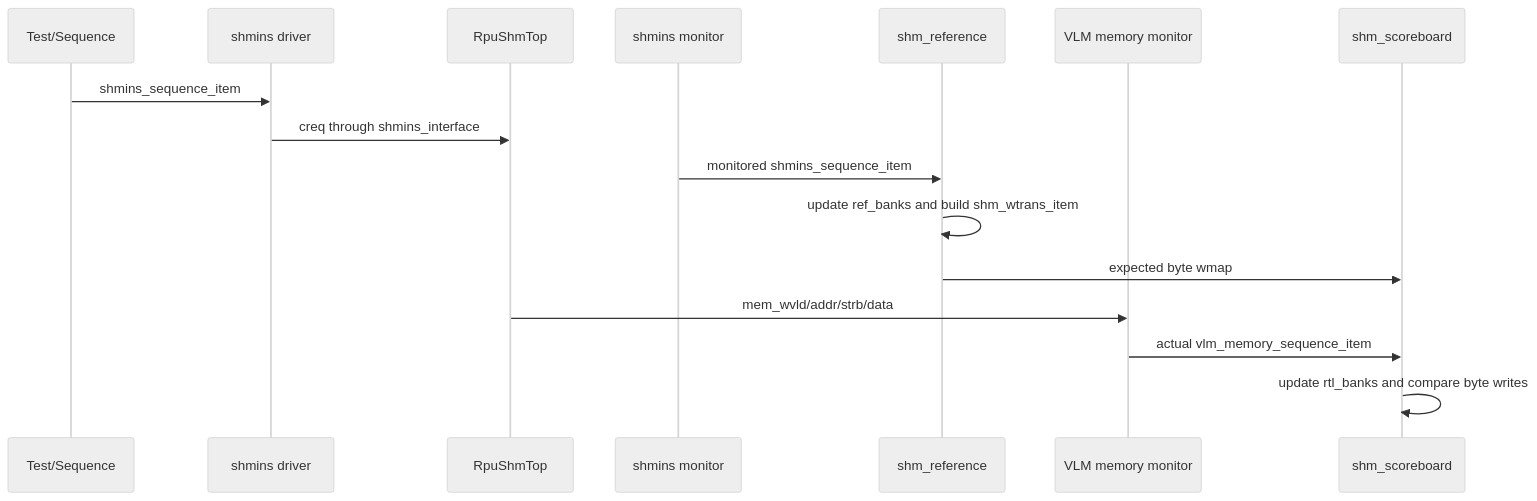
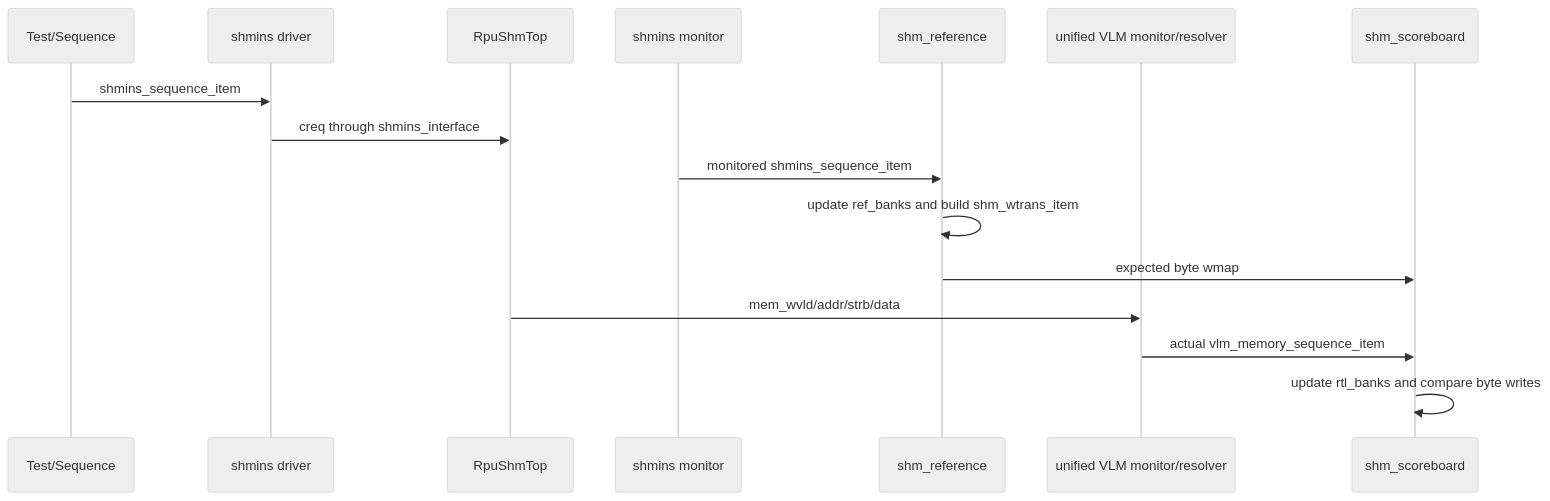
Before and after one commit to euphgh/sharemem: the first of 2 diagrams in docs/ut_shm/environment/data-flow-and-models.md, drawn with Mermaid (neutral theme). The commit also changed other lines of this file and 25 other files, not shown here.

````diff
--- a/docs/ut_shm/environment/data-flow-and-models.md
+++ b/docs/ut_shm/environment/data-flow-and-models.md
@@ -93,19 +104,19 @@
 ```mermaid
 sequenceDiagram
   participant T as Test/Sequence
   participant D as shmins driver
   participant DUT as RpuShmTop
   participant M as shmins monitor
   participant R as shm_reference
-  participant VM as VLM memory monitor
+  participant VM as unified VLM monitor/resolver
   participant S as shm_scoreboard
 
   T->>D: shmins_sequence_item
   D->>DUT: creq through shmins_interface
   M->>R: monitored shmins_sequence_item
   R->>R: update ref_banks and build shm_wtrans_item
   R->>S: expected byte wmap
   DUT->>VM: mem_wvld/addr/strb/data
   VM->>S: actual vlm_memory_sequence_item
   S->>S: update rtl_banks and compare byte writes
 ```
````
